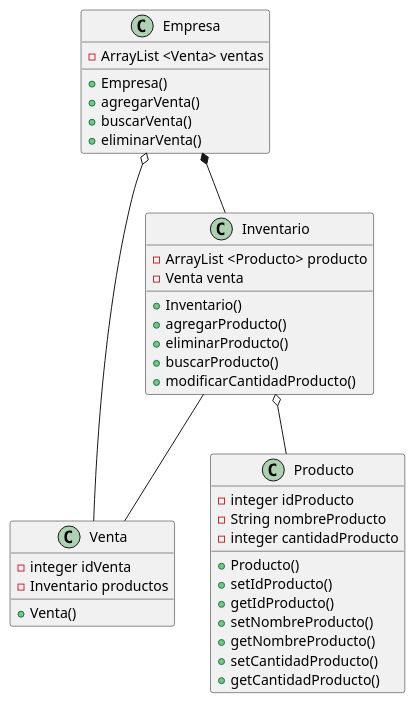
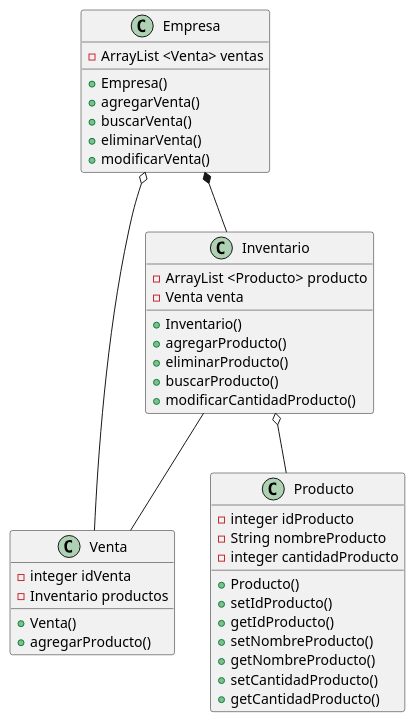
The diagram in src/Venta-Producto/Venta-Producto.puml (UlisesAlexanderAM/Ejercicios-EE-Programacion), drawn with PlantUML before and after one commit.

Commit message:
Modificacion diagrama de clase

```diff
--- a/src/Venta-Producto/Venta-Producto.puml
+++ b/src/Venta-Producto/Venta-Producto.puml
@@ -1,45 +1,47 @@
 @startuml
 
 
 Empresa o-- Venta
 Empresa *-- Inventario
 Inventario o-- Producto
 Inventario -- Venta
 
 class Empresa{
     -ArrayList <Venta> ventas
     +Empresa()
     +agregarVenta()
     +buscarVenta()
     +eliminarVenta()
+    +modificarVenta()
 }
 class Venta{
     -integer idVenta
     -Inventario productos
     +Venta()
+    +agregarProducto()
 }
 class Producto{
     -integer idProducto
     -String nombreProducto
     -integer cantidadProducto
     +Producto()
     +setIdProducto()
     +getIdProducto()
     +setNombreProducto()
     +getNombreProducto()
     +setCantidadProducto()
     +getCantidadProducto()
 }
 class Inventario{
     -ArrayList <Producto> producto
     -Venta venta
     +Inventario()
     +agregarProducto()
     +eliminarProducto()
     +buscarProducto()
     +modificarCantidadProducto()
 }
 
 
 
 @enduml
```
